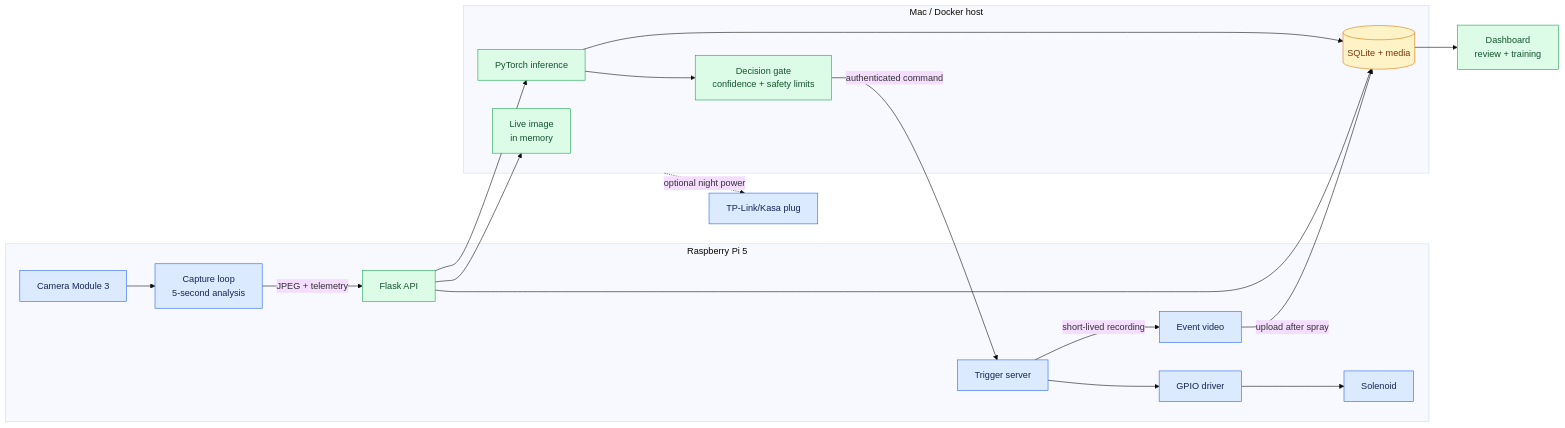
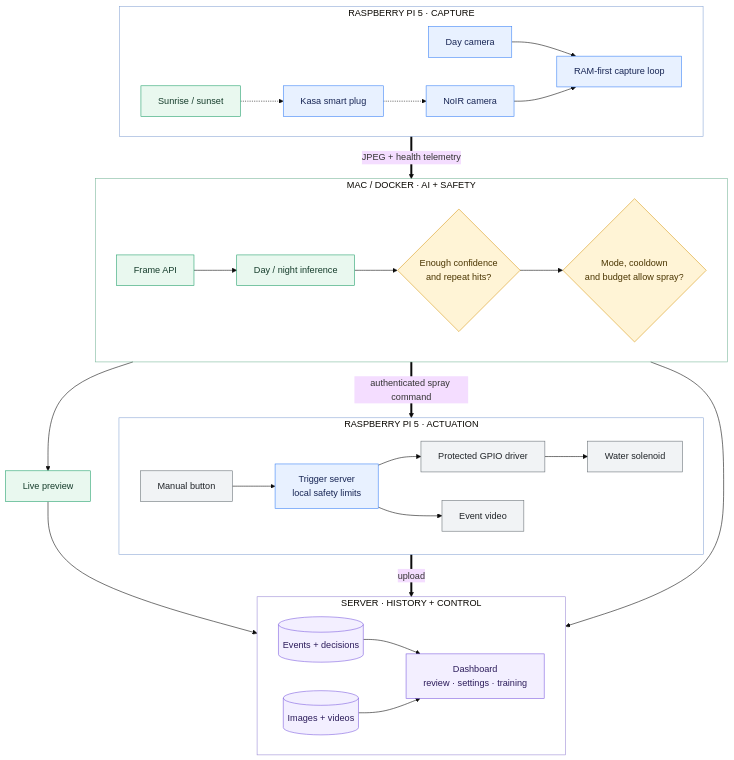
One commit to nkgilley/squirrel-soaker changed the diagram in README.md. Above: the diagram before and after it, drawn with Mermaid (base theme). The commit also changed 2 other files, not shown here.

Commit message:
Redesign architecture diagrams

````diff
--- a/README.md
+++ b/README.md
@@ -19,29 +19,50 @@
 ```mermaid
-flowchart LR
-    subgraph PI["Raspberry Pi 5"]
-        CAM["Camera Module 3"] --> CAP["Capture loop\n5-second analysis"]
-        CAP -->|"JPEG + telemetry"| API
-        TRIG["Trigger server"] --> GPIO["GPIO driver"] --> VALVE["Solenoid"]
-        TRIG -->|"short-lived recording"| VID["Event video"]
+flowchart TB
+    subgraph CAPTURE["RASPBERRY PI 5 · CAPTURE"]
+        direction LR
+        SUN["Sunrise / sunset"] -.-> PLUG["Kasa smart plug"] -.-> NIGHT["NoIR camera"]
+        DAY["Day camera"] --> CAP["RAM-first capture loop"]
+        NIGHT --> CAP
     end
 
-    subgraph APP["Mac / Docker host"]
-        API["Flask API"] --> INF["PyTorch inference"]
-        INF --> GATE["Decision gate\nconfidence + safety limits"]
-        API --> LIVE["Live image\nin memory"]
-        GATE -->|"authenticated command"| TRIG
-        API --> STORE[("SQLite + media")]
-        INF --> STORE
+    subgraph INTELLIGENCE["MAC / DOCKER · AI + SAFETY"]
+        direction LR
+        API["Frame API"] --> MODEL["Day / night inference"]
+        MODEL --> DETECT{"Enough confidence<br/>and repeat hits?"}
+        DETECT --> SAFE{"Mode, cooldown<br/>and budget allow spray?"}
     end
 
-    VID -->|"upload after spray"| STORE
-    STORE --> UI["Dashboard\nreview + training"]
-    APP -. "optional night power" .-> PLUG["TP-Link/Kasa plug"]
+    subgraph ACTION["RASPBERRY PI 5 · ACTUATION"]
+        direction LR
+        BUTTON["Manual button"] --> TRIGGER["Trigger server<br/>local safety limits"]
+        TRIGGER --> DRIVER["Protected GPIO driver"] --> VALVE["Water solenoid"]
+        TRIGGER --> VIDEO["Event video"]
+    end
 
-    classDef device fill:#dbeafe,stroke:#2563eb,color:#172554
-    classDef app fill:#dcfce7,stroke:#16a34a,color:#14532d
-    classDef data fill:#fef3c7,stroke:#d97706,color:#78350f
-    class CAM,CAP,TRIG,GPIO,VALVE,VID,PLUG device
-    class API,INF,GATE,LIVE,UI app
-    class STORE data
+    subgraph HISTORY["SERVER · HISTORY + CONTROL"]
+        direction LR
+        EVENTS[("Events + decisions")] --> UI["Dashboard<br/>review · settings · training"]
+        MEDIA[("Images + videos")] --> UI
+    end
+
+    CAP == "JPEG + health telemetry" ==> API
+    SAFE == "authenticated spray command" ==> TRIGGER
+    API --> LIVE["Live preview"] --> MEDIA
+    MODEL --> EVENTS
+    VIDEO == "upload" ==> MEDIA
+
+    classDef pi fill:#e8f1ff,stroke:#3b82f6,color:#172554
+    classDef server fill:#e9f8ef,stroke:#22a06b,color:#153c2b
+    classDef safety fill:#fff4d6,stroke:#d89b18,color:#4a3500
+    classDef data fill:#f3efff,stroke:#7c5ce0,color:#2b1b5a
+    classDef hardware fill:#f1f3f5,stroke:#687076,color:#202428
+    class DAY,NIGHT,CAP,TRIGGER,PLUG pi
+    class API,MODEL,LIVE,SUN server
+    class DETECT,SAFE safety
+    class EVENTS,MEDIA,UI data
+    class BUTTON,VIDEO,DRIVER,VALVE hardware
+    style CAPTURE fill:transparent,stroke:#8aa7d6,stroke-width:1px
+    style INTELLIGENCE fill:transparent,stroke:#79b69a,stroke-width:1px
+    style ACTION fill:transparent,stroke:#8aa7d6,stroke-width:1px
+    style HISTORY fill:transparent,stroke:#9b8ad6,stroke-width:1px
 ```
````
